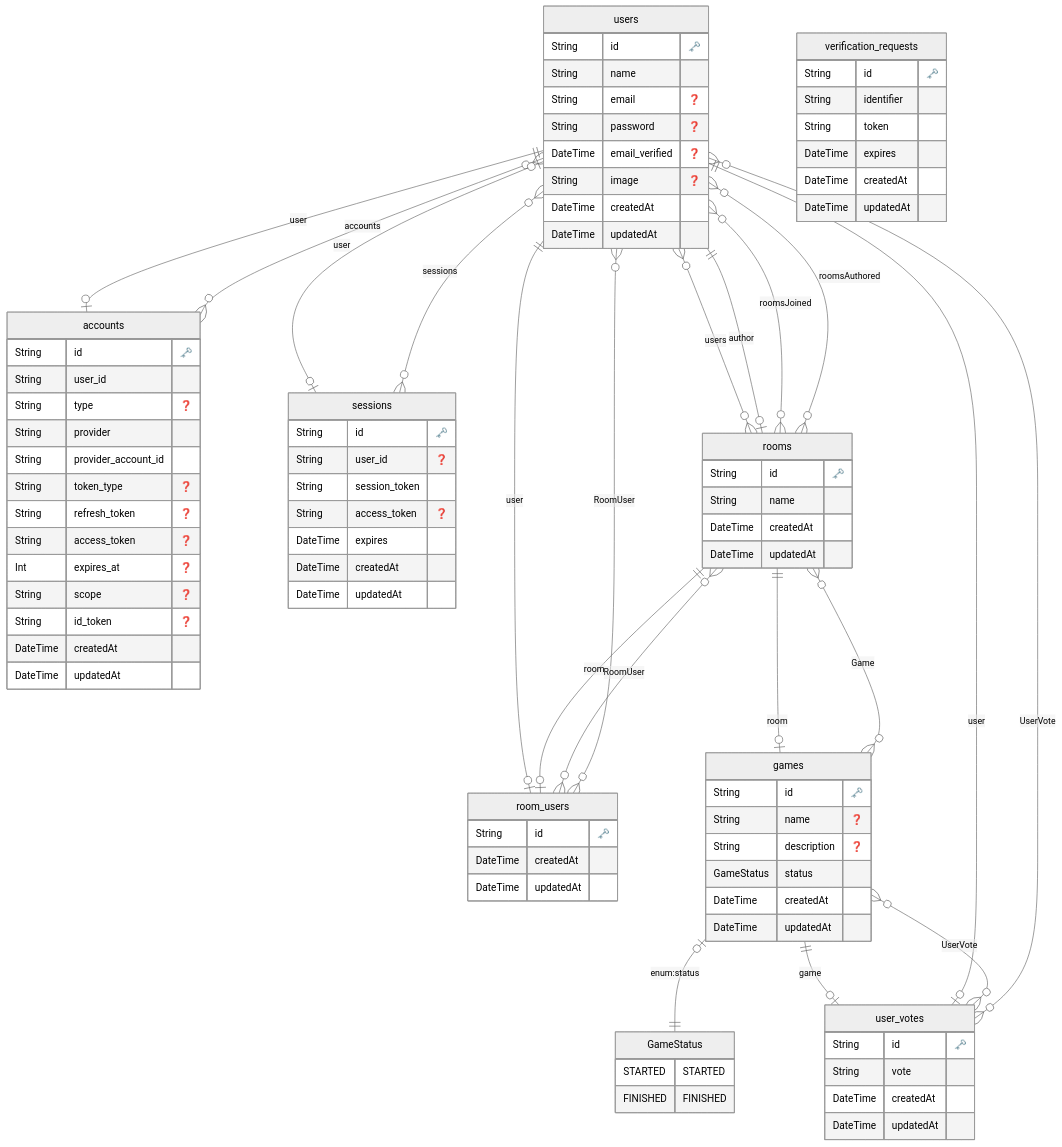
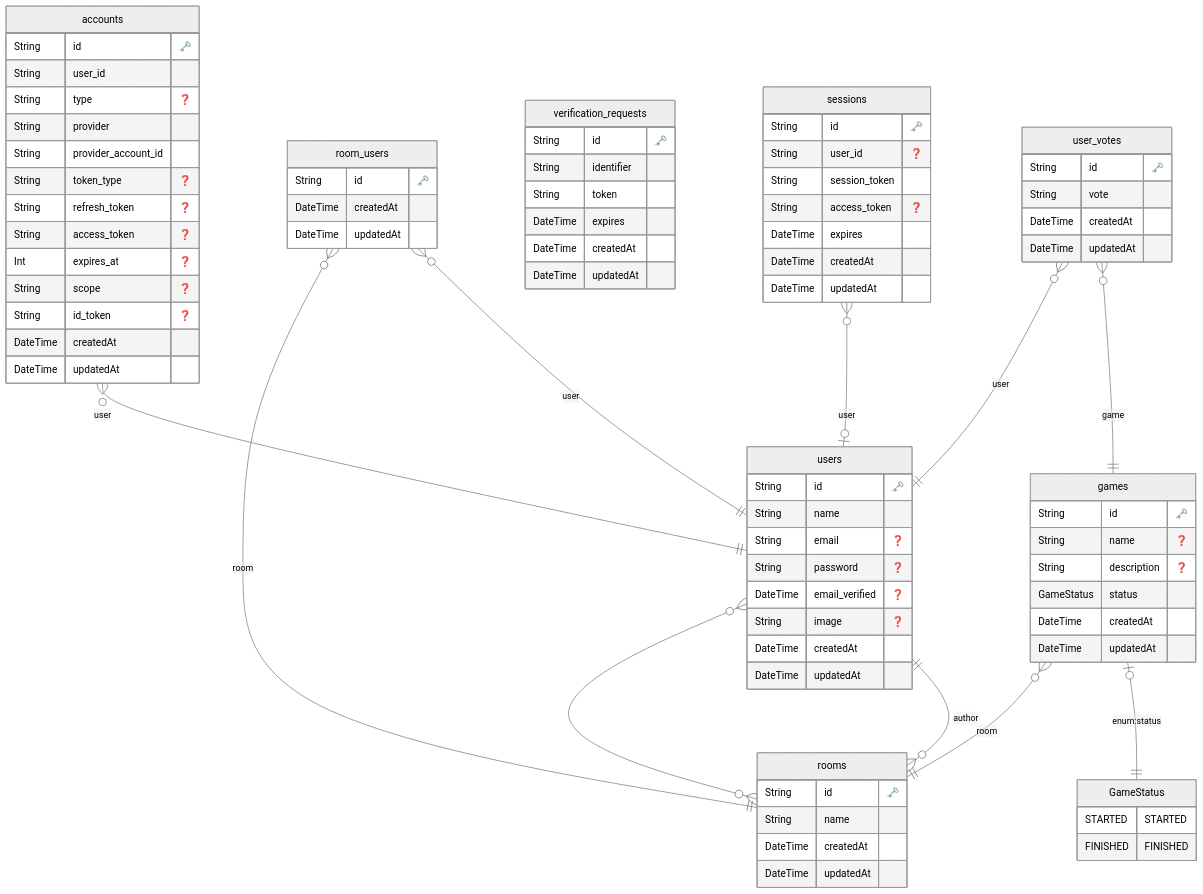
Before and after one commit to sebastiansiejek/planning-poker: the diagram in ERD.md, drawn with Mermaid (neutral theme). The commit also changed 7 other files, not shown here.

````diff
--- a/ERD.md
+++ b/ERD.md
@@ -88,23 +88,14 @@
     DateTime updatedAt 
     }
   
-    "users" o{--}o "accounts" : "accounts"
-    "users" o{--}o "sessions" : "sessions"
-    "users" o{--}o "rooms" : "roomsAuthored"
-    "users" o{--}o "rooms" : "roomsJoined"
-    "users" o{--}o "user_votes" : "UserVote"
-    "users" o{--}o "room_users" : "RoomUser"
-    "accounts" o|--|| "users" : "user"
-    "sessions" o|--|o "users" : "user"
-    "rooms" o|--|| "users" : "author"
-    "rooms" o{--}o "users" : "users"
-    "rooms" o{--}o "games" : "Game"
-    "rooms" o{--}o "room_users" : "RoomUser"
-    "room_users" o|--|| "rooms" : "room"
-    "room_users" o|--|| "users" : "user"
-    "games" o|--|| "rooms" : "room"
-    "games" o{--}o "user_votes" : "UserVote"
-    "games" o|--|| "GameStatus" : "enum:status"
-    "user_votes" o|--|| "users" : "user"
-    "user_votes" o|--|| "games" : "game"
+    "users" o{--}o "rooms" : ""
+    "accounts" }o--|| users : "user"
+    "sessions" }o--|o users : "user"
+    "rooms" }o--|| users : "author"
+    "room_users" }o--|| rooms : "room"
+    "room_users" }o--|| users : "user"
+    "games" }o--|| rooms : "room"
+    "games" |o--|| "GameStatus" : "enum:status"
+    "user_votes" }o--|| users : "user"
+    "user_votes" }o--|| games : "game"
 ```
````
